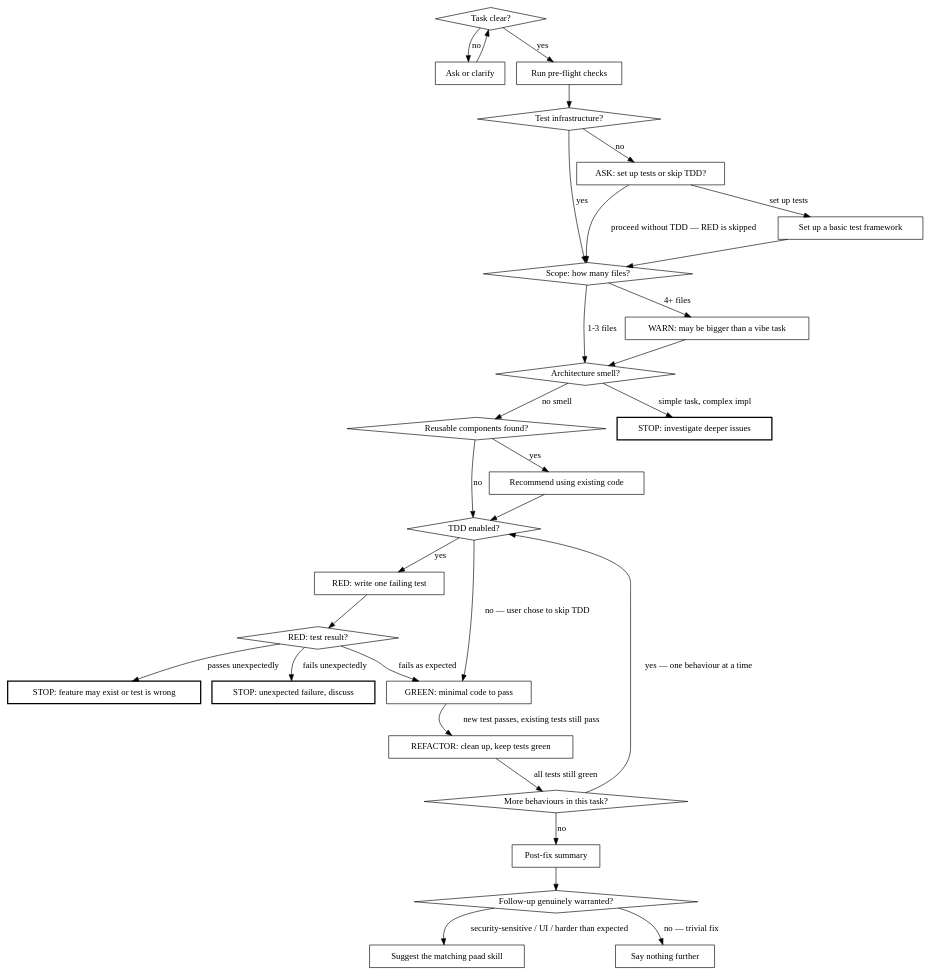
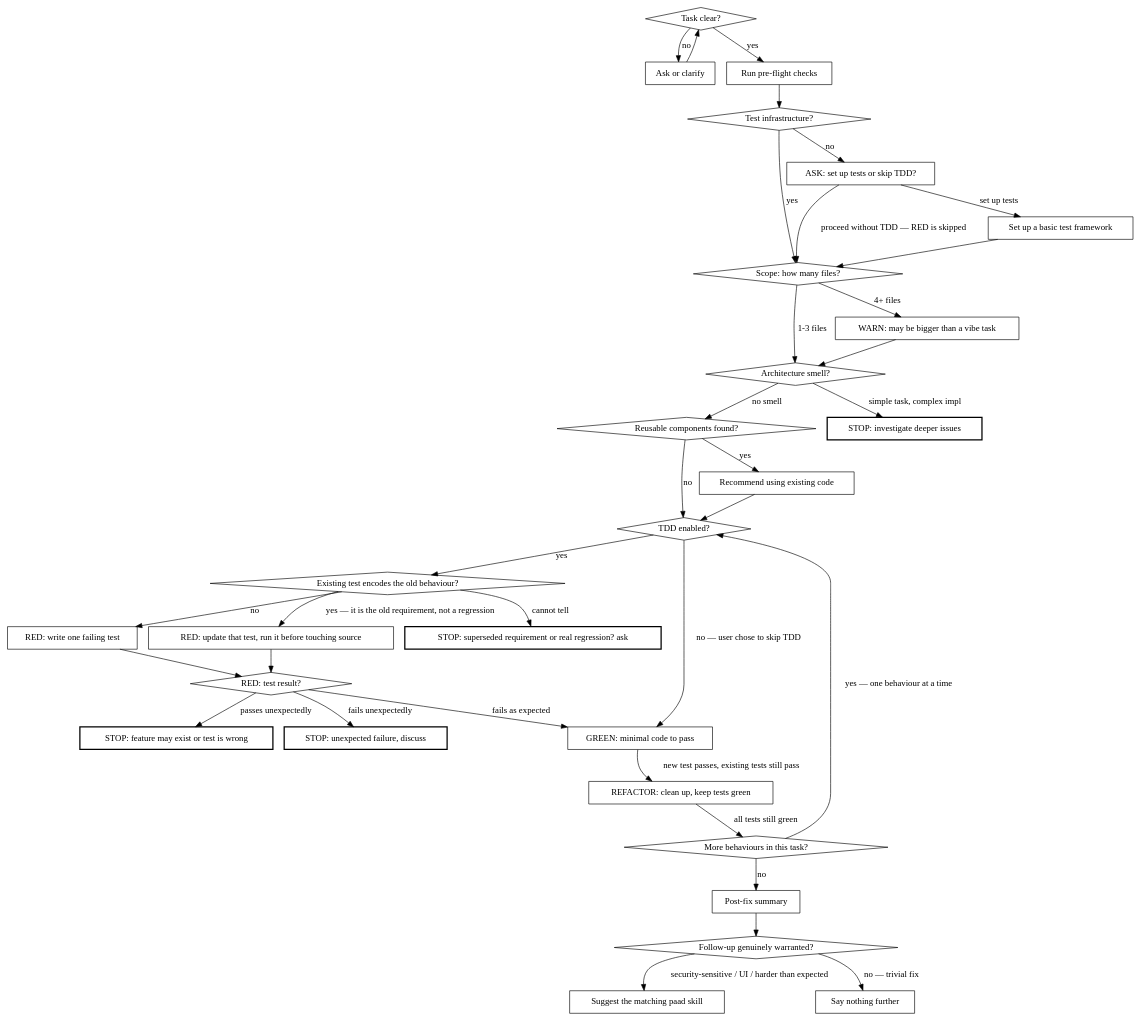
The diagram in plugins/paad/skills/vibe/SKILL.md (Ovid/paad), drawn with Graphviz before and after one commit. The commit also changed other lines of this file and 2 other files, not shown here.

````diff
--- a/plugins/paad/skills/vibe/SKILL.md
+++ b/plugins/paad/skills/vibe/SKILL.md
@@ -14,67 +14,74 @@
 ```dot
 digraph vibe {
   "Task clear?" [shape=diamond];
   "Test infrastructure?" [shape=diamond];
   "Scope: how many files?" [shape=diamond];
   "Architecture smell?" [shape=diamond];
   "Reusable components found?" [shape=diamond];
   "TDD enabled?" [shape=diamond];
   "RED: test result?" [shape=diamond];
   "More behaviours in this task?" [shape=diamond];
   "Follow-up genuinely warranted?" [shape=diamond];
 
   "Ask or clarify" [shape=box];
   "ASK: set up tests or skip TDD?" [shape=box];
   "Set up a basic test framework" [shape=box];
   "WARN: may be bigger than a vibe task" [shape=box];
   "STOP: investigate deeper issues" [shape=box, style=bold];
   "Recommend using existing code" [shape=box];
   "STOP: feature may exist or test is wrong" [shape=box, style=bold];
   "STOP: unexpected failure, discuss" [shape=box, style=bold];
   "RED: write one failing test" [shape=box];
+  "Existing test encodes the old behaviour?" [shape=diamond];
+  "RED: update that test, run it before touching source" [shape=box];
+  "STOP: superseded requirement or real regression? ask" [shape=box, style=bold];
   "GREEN: minimal code to pass" [shape=box];
   "REFACTOR: clean up, keep tests green" [shape=box];
   "Post-fix summary" [shape=box];
   "Suggest the matching paad skill" [shape=box];
   "Say nothing further" [shape=box];
   "Run pre-flight checks" [shape=box];
 
   "Task clear?" -> "Run pre-flight checks" [label="yes"];
   "Task clear?" -> "Ask or clarify" [label="no"];
   "Ask or clarify" -> "Task clear?";
 
   "Run pre-flight checks" -> "Test infrastructure?";
   "Test infrastructure?" -> "Scope: how many files?" [label="yes"];
   "Test infrastructure?" -> "ASK: set up tests or skip TDD?" [label="no"];
   "ASK: set up tests or skip TDD?" -> "Set up a basic test framework" [label="set up tests"];
   "ASK: set up tests or skip TDD?" -> "Scope: how many files?" [label="proceed without TDD — RED is skipped"];
   "Set up a basic test framework" -> "Scope: how many files?";
 
   "Scope: how many files?" -> "Architecture smell?" [label="1-3 files"];
   "Scope: how many files?" -> "WARN: may be bigger than a vibe task" [label="4+ files"];
   "WARN: may be bigger than a vibe task" -> "Architecture smell?";
 
   "Architecture smell?" -> "STOP: investigate deeper issues" [label="simple task, complex impl"];
   "Architecture smell?" -> "Reusable components found?" [label="no smell"];
 
   "Reusable components found?" -> "Recommend using existing code" [label="yes"];
   "Reusable components found?" -> "TDD enabled?" [label="no"];
   "Recommend using existing code" -> "TDD enabled?";
 
-  "TDD enabled?" -> "RED: write one failing test" [label="yes"];
+  "TDD enabled?" -> "Existing test encodes the old behaviour?" [label="yes"];
   "TDD enabled?" -> "GREEN: minimal code to pass" [label="no — user chose to skip TDD"];
+  "Existing test encodes the old behaviour?" -> "RED: write one failing test" [label="no"];
+  "Existing test encodes the old behaviour?" -> "RED: update that test, run it before touching source" [label="yes — it is the old requirement, not a regression"];
+  "Existing test encodes the old behaviour?" -> "STOP: superseded requirement or real regression? ask" [label="cannot tell"];
+  "RED: update that test, run it before touching source" -> "RED: test result?";
   "RED: write one failing test" -> "RED: test result?";
   "RED: test result?" -> "STOP: feature may exist or test is wrong" [label="passes unexpectedly"];
   "RED: test result?" -> "STOP: unexpected failure, discuss" [label="fails unexpectedly"];
   "RED: test result?" -> "GREEN: minimal code to pass" [label="fails as expected"];
 
   "GREEN: minimal code to pass" -> "REFACTOR: clean up, keep tests green" [label="new test passes, existing tests still pass"];
   "REFACTOR: clean up, keep tests green" -> "More behaviours in this task?" [label="all tests still green"];
   "More behaviours in this task?" -> "TDD enabled?" [label="yes — one behaviour at a time"];
   "More behaviours in this task?" -> "Post-fix summary" [label="no"];
 
   "Post-fix summary" -> "Follow-up genuinely warranted?";
   "Follow-up genuinely warranted?" -> "Suggest the matching paad skill" [label="security-sensitive / UI / harder than expected"];
   "Follow-up genuinely warranted?" -> "Say nothing further" [label="no — trivial fix"];
 }
 ```
````
